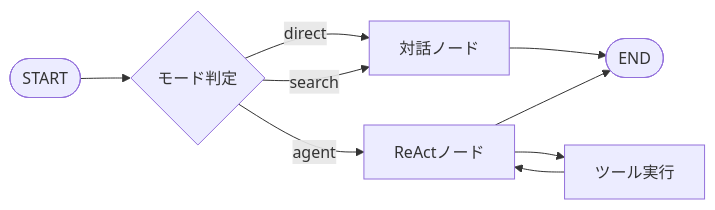
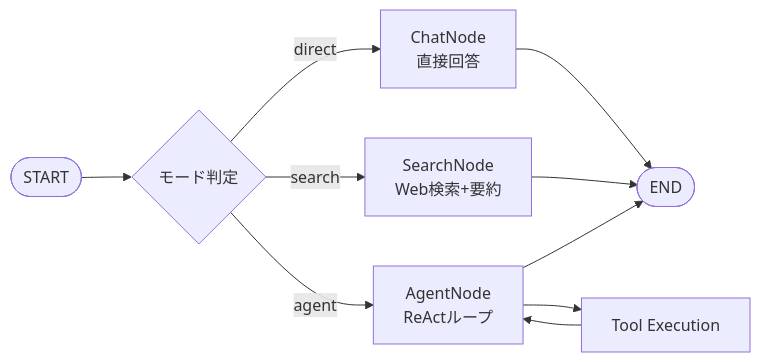
Before and after one commit to coco4atJP/Tepora-alpha: the third of 8 diagrams in docs/architecture/ARCHITECTURE.md, drawn with Mermaid. The commit also changed other lines of this file and 181 other files, not shown here.

````diff
--- a/docs/architecture/ARCHITECTURE.md
+++ b/docs/architecture/ARCHITECTURE.md
@@ -559,11 +542,14 @@
 ```mermaid
 graph LR
     START([START]) --> ROUTER{モード判定}
-    ROUTER -->|direct| CONV[対話ノード]
-    ROUTER -->|search| CONV
-    ROUTER -->|agent| REACT[ReActノード]
-    CONV --> END([END])
-    REACT --> TOOL[ツール実行]
-    TOOL --> REACT
-    REACT --> END
+    
+    ROUTER -->|direct| CHAT[ChatNode<br/>直接回答]
+    ROUTER -->|search| SEARCH[SearchNode<br/>Web検索+要約]
+    ROUTER -->|agent| AGENT[AgentNode<br/>ReActループ]
+    
+    CHAT --> END([END])
+    SEARCH --> END
+    AGENT --> TOOL[Tool Execution]
+    TOOL --> AGENT
+    AGENT --> END
 ```
````
